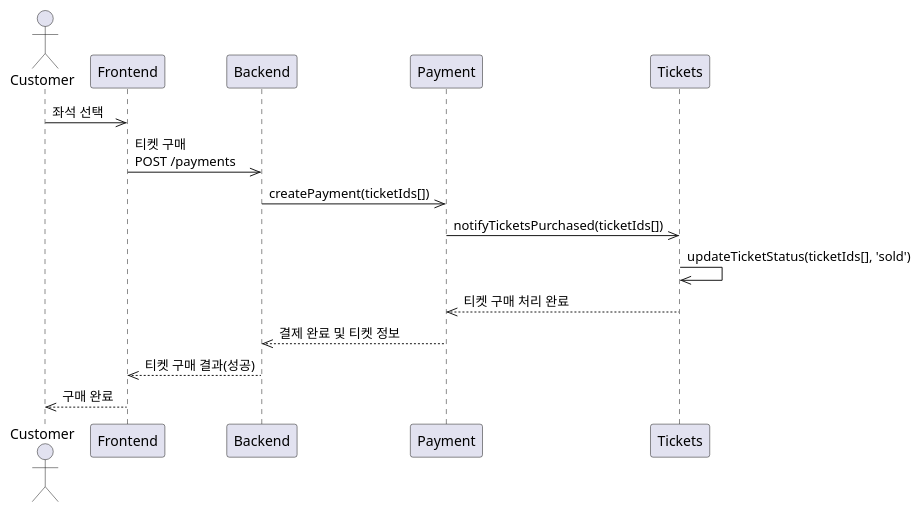
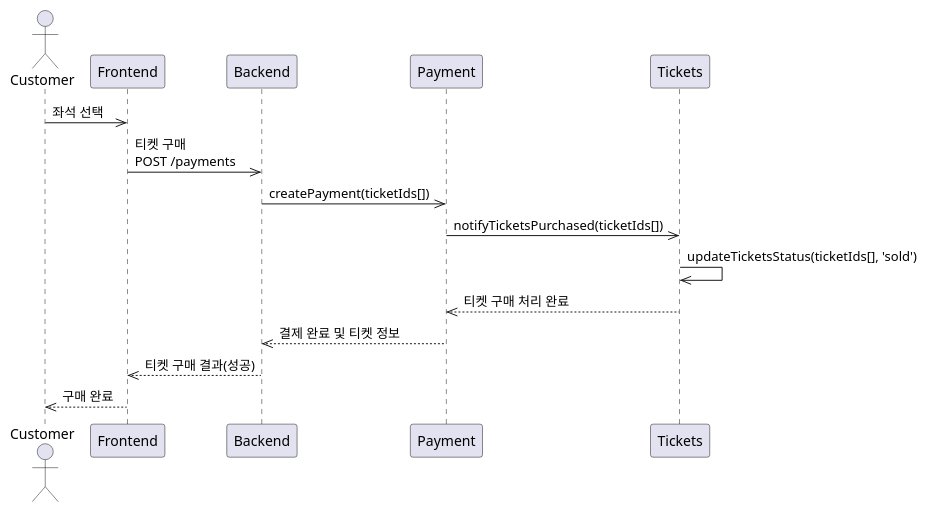
One commit to mannercode/nest-seed changed the sixth of 6 diagrams in docs/archive/tickets-purchase.md. Above: the diagram before and after it, drawn with PlantUML. The commit also changed 10 other files, not shown here.

Commit message:
refactor: rename updateTicketStatus to updateTicketsStatus for consistency

````diff
--- a/docs/archive/tickets-purchase.md
+++ b/docs/archive/tickets-purchase.md
@@ -174,15 +174,15 @@
 ```plantuml
 @startuml
 actor Customer
 
 Customer->>Frontend: 좌석 선택
     Frontend->>Backend: 티켓 구매\nPOST /payments
         Backend->>Payment: createPayment(ticketIds[])
             Payment->>Tickets: notifyTicketsPurchased(ticketIds[])
-                Tickets->>Tickets: updateTicketStatus(ticketIds[], 'sold')
+                Tickets->>Tickets: updateTicketsStatus(ticketIds[], 'sold')
             Tickets-->>Payment: 티켓 구매 처리 완료
         Payment-->>Backend: 결제 완료 및 티켓 정보
     Backend-->>Frontend: 티켓 구매 결과(성공)
 Frontend-->>Customer: 구매 완료
 @enduml
 ```
````
